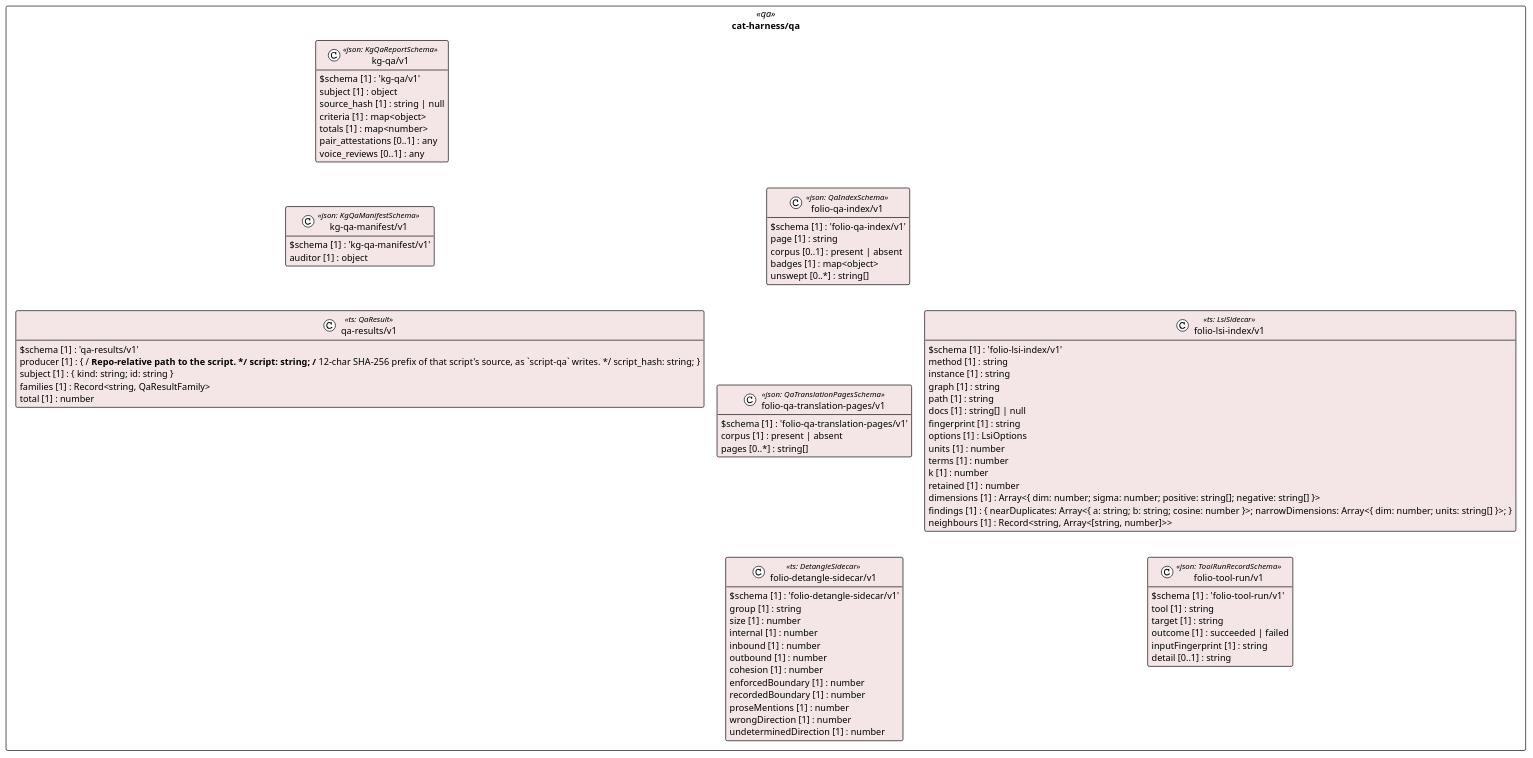
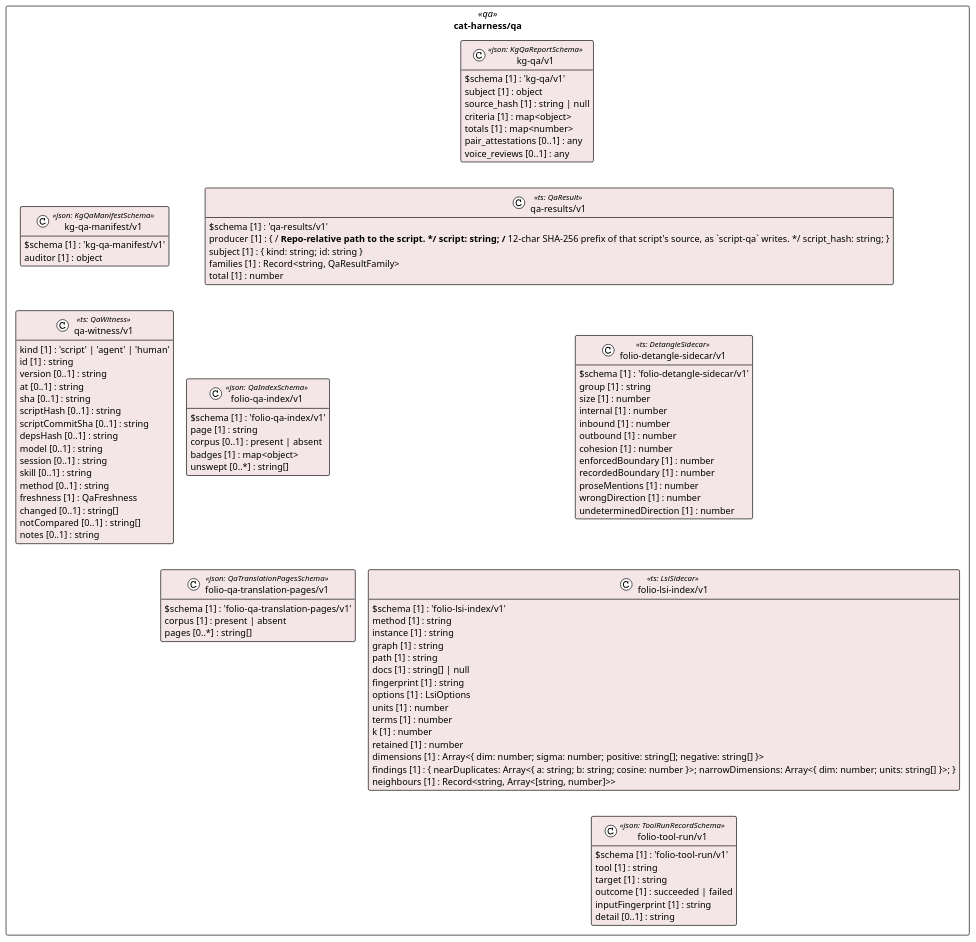
Before and after one commit to litlfred/folio-assistant: the diagram in cat-harness/uml/overview/cat-harness/qa.puml, drawn with PlantUML. The commit also changed 24 other files, not shown here.

```diff
--- a/cat-harness/uml/overview/cat-harness/qa.puml
+++ b/cat-harness/uml/overview/cat-harness/qa.puml
@@ -3,83 +3,101 @@
 @startuml cat_harness_qa
 !pragma layout elk
 !theme plain
 skinparam classAttributeIconSize 0
 skinparam shadowing false
 skinparam packageStyle rectangle
 hide empty methods
 
 package "cat-harness/qa" as pkg_cat_harness_qa <<qa>> {
   class "kg-qa/v1" as cat_harness_qa_kg_qa_v1_kg_qa_v1 <<json: KgQaReportSchema>> #f4e6e6 {
     $schema [1] : 'kg-qa/v1'
     subject [1] : object
     source_hash [1] : string | null
     criteria [1] : map<object>
     totals [1] : map<number>
     pair_attestations [0..1] : any
     voice_reviews [0..1] : any
   }
   class "kg-qa-manifest/v1" as cat_harness_qa_kg_qa_manifest_v1_kg_qa_manifest_v1 <<json: KgQaManifestSchema>> #f4e6e6 {
     $schema [1] : 'kg-qa-manifest/v1'
     auditor [1] : object
+  }
+  class "qa-witness/v1" as cat_harness_qa_qa_witness_v1 <<ts: QaWitness>> #f4e6e6 {
+    kind [1] : 'script' | 'agent' | 'human'
+    id [1] : string
+    version [0..1] : string
+    at [0..1] : string
+    sha [0..1] : string
+    scriptHash [0..1] : string
+    scriptCommitSha [0..1] : string
+    depsHash [0..1] : string
+    model [0..1] : string
+    session [0..1] : string
+    skill [0..1] : string
+    method [0..1] : string
+    freshness [1] : QaFreshness
+    changed [0..1] : string[]
+    notCompared [0..1] : string[]
+    notes [0..1] : string
   }
   class "qa-results/v1" as cat_harness_qa_qa_results_v1 <<ts: QaResult>> #f4e6e6 {
     $schema [1] : 'qa-results/v1'
     producer [1] : { /** Repo-relative path to the script. */ script: string; /** 12-char SHA-256 prefix of that script's source, as `script-qa` writes. */ script_hash: string; }
     subject [1] : { kind: string; id: string }
     families [1] : Record<string, QaResultFamily>
     total [1] : number
   }
   class "folio-qa-index/v1" as cat_harness_qa_folio_qa_index_v1_folio_qa_index_v1 <<json: QaIndexSchema>> #f4e6e6 {
     $schema [1] : 'folio-qa-index/v1'
     page [1] : string
     corpus [0..1] : present | absent
     badges [1] : map<object>
     unswept [0..*] : string[]
   }
   class "folio-qa-translation-pages/v1" as cat_harness_qa_folio_qa_translation_pages_v1_folio_qa_translation_pages_v1 <<json: QaTranslationPagesSchema>> #f4e6e6 {
     $schema [1] : 'folio-qa-translation-pages/v1'
     corpus [1] : present | absent
     pages [0..*] : string[]
   }
   class "folio-detangle-sidecar/v1" as cat_harness_qa_folio_detangle_sidecar_v1 <<ts: DetangleSidecar>> #f4e6e6 {
     $schema [1] : 'folio-detangle-sidecar/v1'
     group [1] : string
     size [1] : number
     internal [1] : number
     inbound [1] : number
     outbound [1] : number
     cohesion [1] : number
     enforcedBoundary [1] : number
     recordedBoundary [1] : number
     proseMentions [1] : number
     wrongDirection [1] : number
     undeterminedDirection [1] : number
   }
   class "folio-lsi-index/v1" as cat_harness_qa_folio_lsi_index_v1 <<ts: LsiSidecar>> #f4e6e6 {
     $schema [1] : 'folio-lsi-index/v1'
     method [1] : string
     instance [1] : string
     graph [1] : string
     path [1] : string
     docs [1] : string[] | null
     fingerprint [1] : string
     options [1] : LsiOptions
     units [1] : number
     terms [1] : number
     k [1] : number
     retained [1] : number
     dimensions [1] : Array<{ dim: number; sigma: number; positive: string[]; negative: string[] }>
     findings [1] : { nearDuplicates: Array<{ a: string; b: string; cosine: number }>; narrowDimensions: Array<{ dim: number; units: string[] }>; }
     neighbours [1] : Record<string, Array<[string, number]>>
   }
   class "folio-tool-run/v1" as cat_harness_qa_folio_tool_run_v1_folio_tool_run_v1 <<json: ToolRunRecordSchema>> #f4e6e6 {
     $schema [1] : 'folio-tool-run/v1'
     tool [1] : string
     target [1] : string
     outcome [1] : succeeded | failed
     inputFingerprint [1] : string
     detail [0..1] : string
   }
 }
 
 @enduml
```
